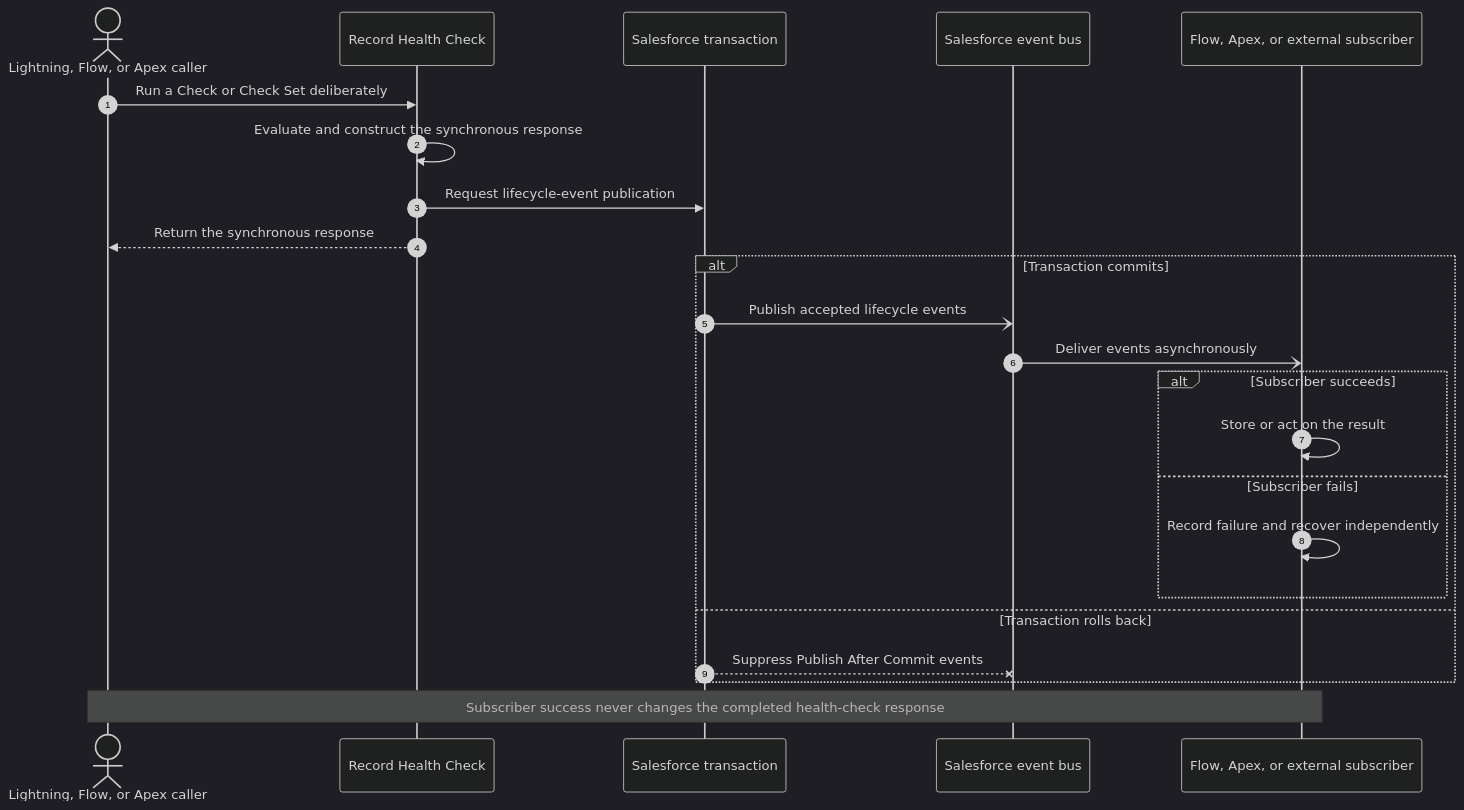
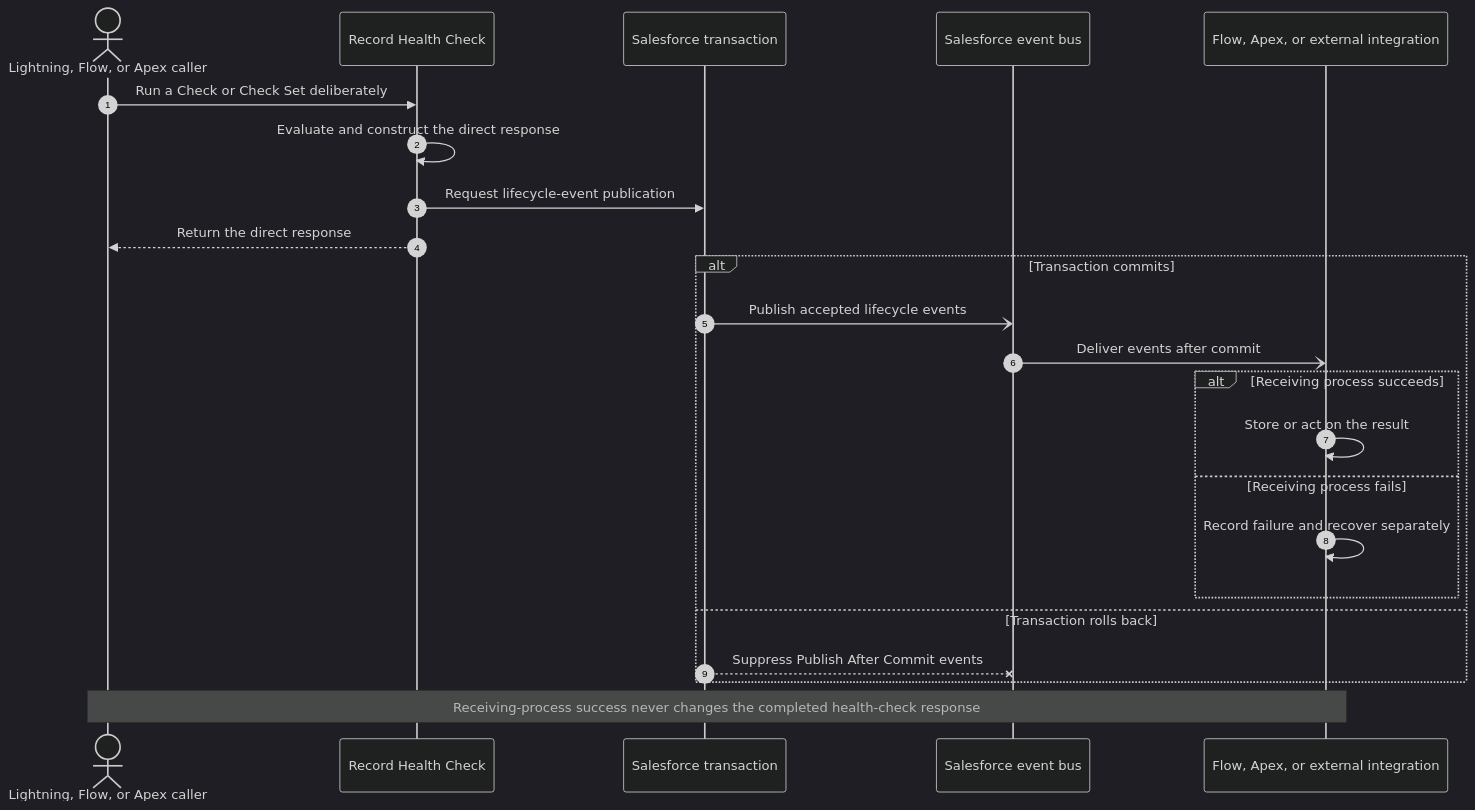
One commit to gkolan/record-health-check changed the diagram in docs/integration/lifecycle-events.md. Above: the diagram before and after it, drawn with Mermaid (dark theme). The commit also changed other lines of this file and 121 other files, not shown here.

Commit message:
Prepare Record Health Check 2.0.1 release

````diff
--- a/docs/integration/lifecycle-events.md
+++ b/docs/integration/lifecycle-events.md
@@ -42,26 +44,26 @@
 ```mermaid
 sequenceDiagram
     autonumber
     actor Caller as Lightning, Flow, or Apex caller
     participant RHC as Record Health Check
     participant TX as Salesforce transaction
     participant Bus as Salesforce event bus
-    participant Subscriber as Flow, Apex, or external subscriber
+    participant Receiver as Flow, Apex, or external integration
 
     Caller->>RHC: Run a Check or Check Set deliberately
-    RHC->>RHC: Evaluate and construct the synchronous response
+    RHC->>RHC: Evaluate and construct the direct response
     RHC->>TX: Request lifecycle-event publication
-    RHC-->>Caller: Return the synchronous response
+    RHC-->>Caller: Return the direct response
     alt Transaction commits
         TX-)Bus: Publish accepted lifecycle events
-        Bus-)Subscriber: Deliver events asynchronously
-        alt Subscriber succeeds
-            Subscriber->>Subscriber: Store or act on the result
-        else Subscriber fails
-            Subscriber->>Subscriber: Record failure and recover independently
+        Bus-)Receiver: Deliver events after commit
+        alt Receiving process succeeds
+            Receiver->>Receiver: Store or act on the result
+        else Receiving process fails
+            Receiver->>Receiver: Record failure and recover separately
         end
     else Transaction rolls back
         TX--xBus: Suppress Publish After Commit events
     end
-    Note over Caller,Subscriber: Subscriber success never changes the completed health-check response
+    Note over Caller,Receiver: Receiving-process success never changes the completed health-check response
 ```
````
